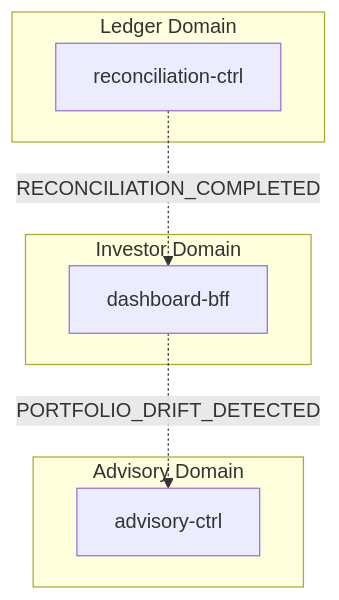
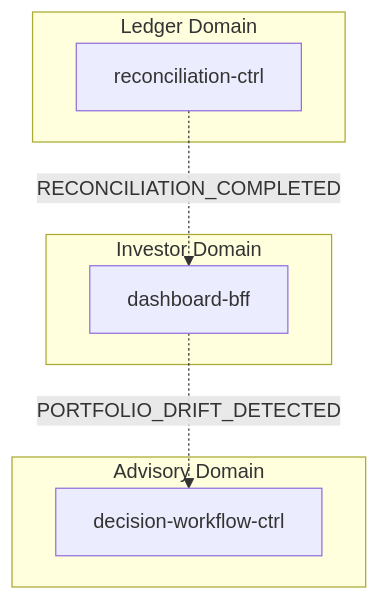
Before and after one commit to fabio-vitali/nestfolio: the first of 2 diagrams in docs/data-flows/reconciliation.md, drawn with Mermaid. The commit also changed other lines of this file and 10 other files, not shown here.

First line of the commit message:
docs(flows): drop legacy/post-collapse prose; close out InvestorProfile collapse ACTIVE entry

````diff
--- a/docs/data-flows/reconciliation.md
+++ b/docs/data-flows/reconciliation.md
@@ -11,14 +11,14 @@
 ```mermaid
 flowchart TD
     subgraph ledger["Ledger Domain"]
         reconciliation_ctrl["reconciliation-ctrl"]
     end
     subgraph investor["Investor Domain"]
         dashboard_bff["dashboard-bff"]
     end
     subgraph advisory["Advisory Domain"]
-        advisory_ctrl["advisory-ctrl"]
+        decision_workflow_ctrl["decision-workflow-ctrl"]
     end
     reconciliation_ctrl -.->|"RECONCILIATION_COMPLETED"| dashboard_bff
-    dashboard_bff -.->|"PORTFOLIO_DRIFT_DETECTED"| advisory_ctrl
+    dashboard_bff -.->|"PORTFOLIO_DRIFT_DETECTED"| decision_workflow_ctrl
 ```
````
